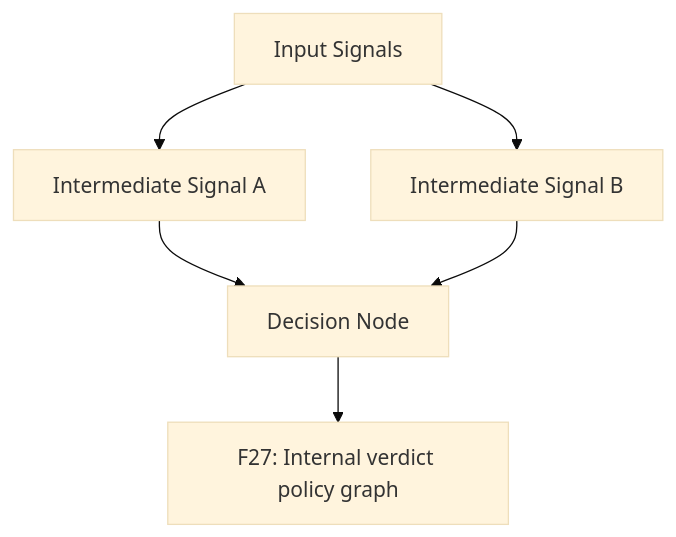
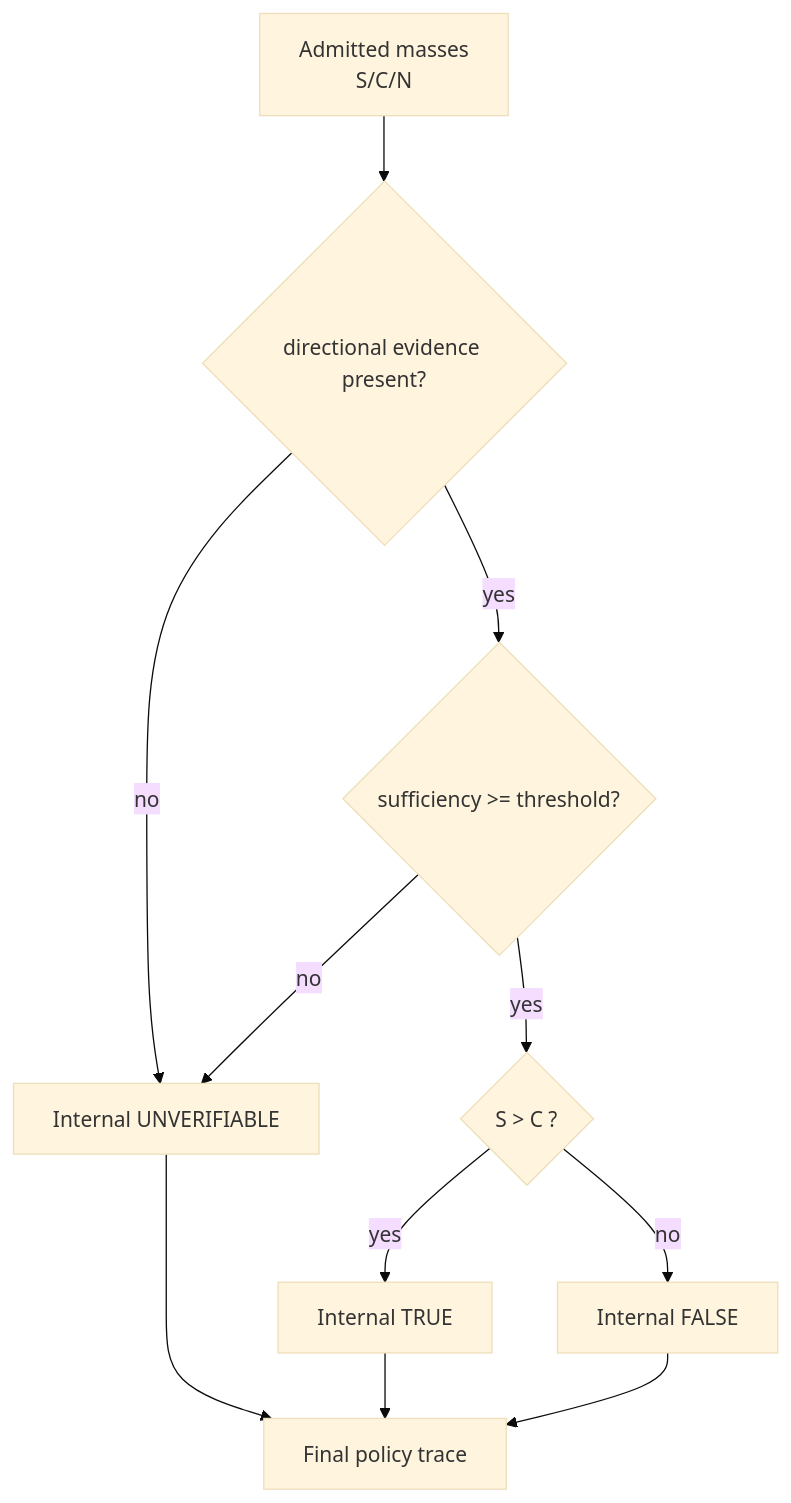
Before and after one commit to Luxia-AI/docs: the first of 8 diagrams in methodology/figures/05-verdict-policy-and-calibration-pack.md, drawn with Mermaid (base theme). The commit also changed other lines of this file and 9 other files, not shown here.

First line of the commit message:
Refactor methodology figures with updated Mermaid diagrams and enhanced clarity across multiple packs. Key changes include:

````diff
--- a/methodology/figures/05-verdict-policy-and-calibration-pack.md
+++ b/methodology/figures/05-verdict-policy-and-calibration-pack.md
@@ -16,8 +16,14 @@
 ```mermaid
-graph TD
-    A[Input Signals] --> B[Intermediate Signal A]
-    A --> C[Intermediate Signal B]
-    B --> D[Decision Node]
-    C --> D
-    D --> E[F27: Internal verdict policy graph]
+flowchart TD
+  M[Admitted masses
+S/C/N] --> S1{directional evidence present?}
+  S1 -- no --> U[Internal UNVERIFIABLE]
+  S1 -- yes --> S2{sufficiency >= threshold?}
+  S2 -- no --> U
+  S2 -- yes --> S3{S > C ?}
+  S3 -- yes --> T[Internal TRUE]
+  S3 -- no --> F[Internal FALSE]
+  T --> O[Final policy trace]
+  F --> O
+  U --> O
 ```
````
